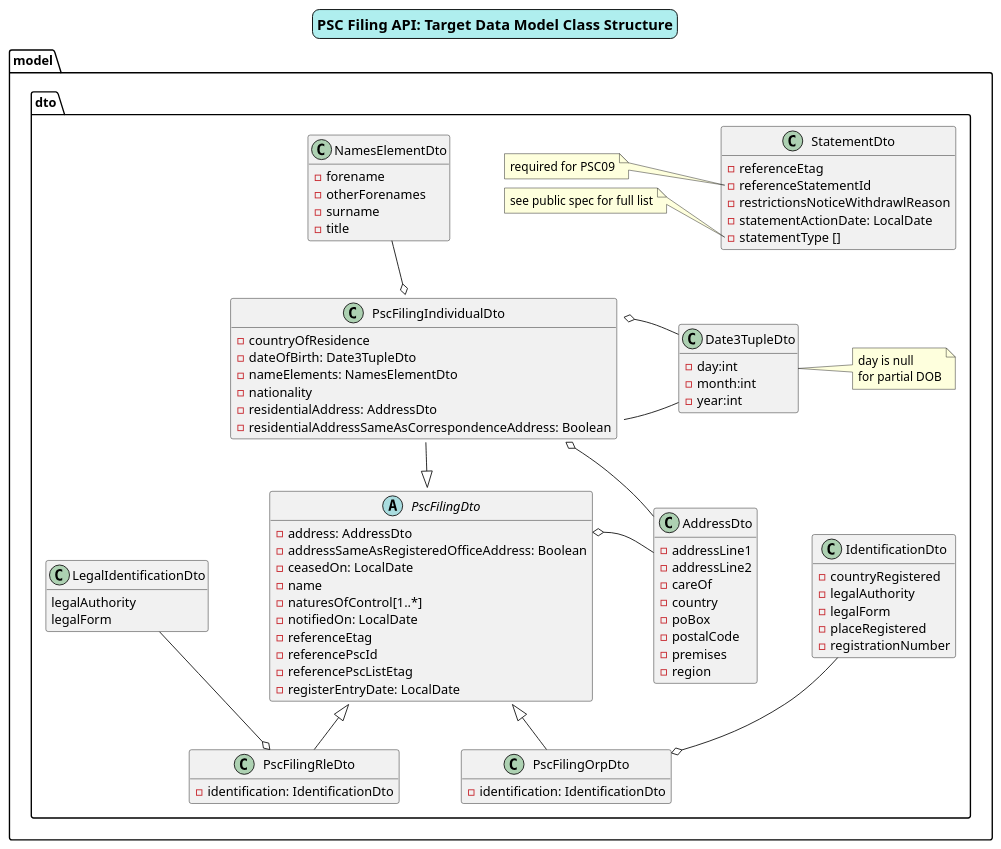
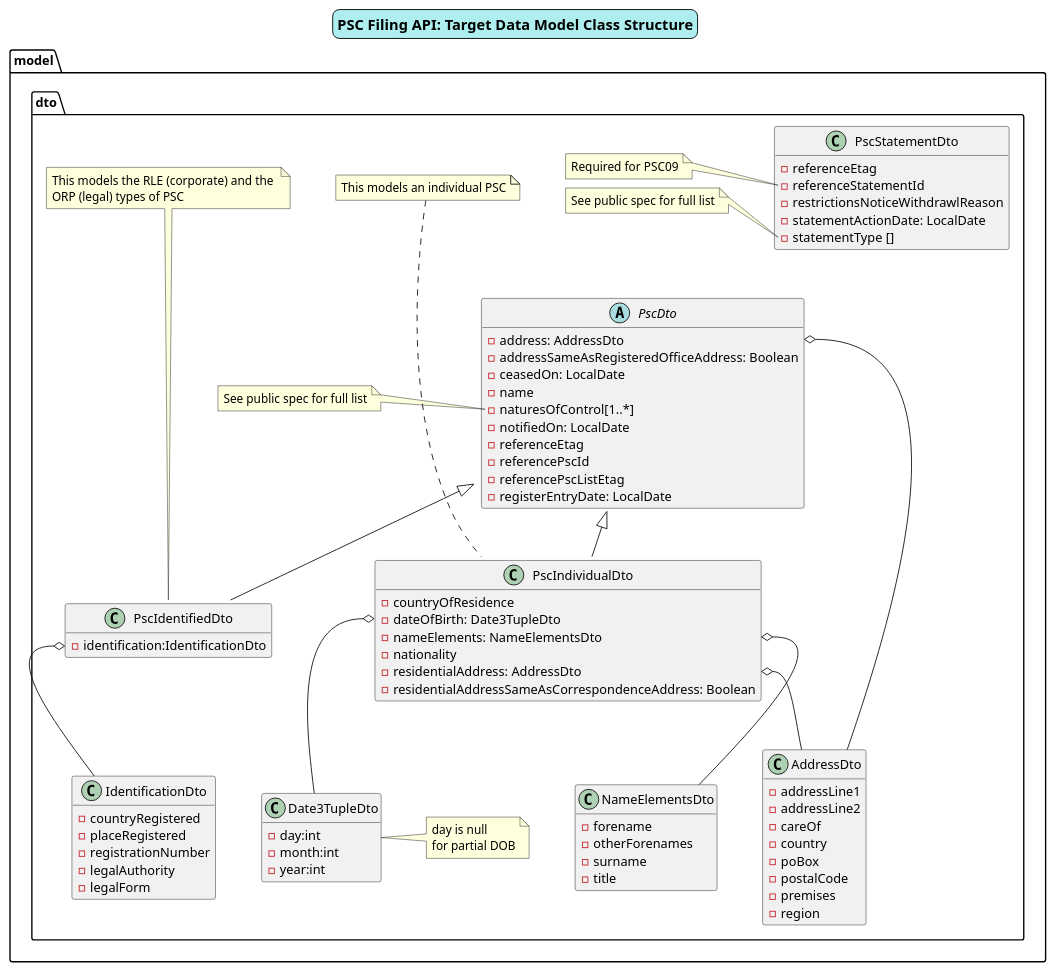
Before and after one commit to companieshouse/psc-filing-api: the diagram in docs/Target Data Model of PSC Classes.puml, drawn with PlantUML.

Commit message:
Add first draft of the Filer's target model

```diff
--- a/docs/Target Data Model of PSC Classes.puml
+++ b/docs/Target Data Model of PSC Classes.puml
@@ -1,142 +1,132 @@
 @startuml
 'https://plantuml.com/class-diagram
 'ortho
 skinparam linetype poly
-skinparam nodesep 60 /' horizontal separator '/
+skinparam nodesep 50 /' horizontal separator '/
 skinparam ranksep 50 /' vertical separator '/
 skinparam titleBorderRoundCorner 15
 skinparam titleBorderThickness 1
 skinparam titleBorderColor black
 skinparam titleBackgroundColor PaleTurquoise
 skinparam groupInheritance 1
 scale 1
 hide empty members
 'hide circle'
 skinparam titleFontSize 16
 
 title PSC Filing API: Target Data Model Class Structure
 
     package "model" {
 
         package "dto" {
 
             class AddressDto {
                 -addressLine1
                 -addressLine2
                 -careOf
                 -country
                 -poBox
                 -postalCode
                 -premises
                 -region
             }
 
             class Date3TupleDto {
                 -day:int
                 -month:int
                 -year:int
             }
             note right of Date3TupleDto
                day is null
                for partial DOB
             end note
 
             class IdentificationDto {
                 -countryRegistered
-                -legalAuthority
-                -legalForm
                 -placeRegistered
                 -registrationNumber
+                -legalAuthority
+               -legalForm
             }
 
-            class NamesElementDto {
+            class NameElementsDto {
                 -forename
                 -otherForenames
                 -surname
                 -title
             }
+            
+            class PscStatementDto {
+                -referenceEtag
+                -referenceStatementId
+                -restrictionsNoticeWithdrawlReason
+                -statementActionDate: LocalDate
+                -statementType []
+            }
 
-            abstract class PscFilingDto {
+          note left of PscStatementDto::referenceStatementId
+                Required for PSC09
+           end note
+
+          note left of PscStatementDto::statementType
+                See public spec for full list
+           end note            
+
+            abstract class PscDto {
                 -address: AddressDto
                 -addressSameAsRegisteredOfficeAddress: Boolean
                 -ceasedOn: LocalDate
                 -name
                 -naturesOfControl[1..*]
                 -notifiedOn: LocalDate
                 -referenceEtag
                 -referencePscId
                 -referencePscListEtag
                 -registerEntryDate: LocalDate
             }
 
-            class PscFilingIndividualDto {
+           note left of PscDto::naturesOfControl
+                See public spec for full list
+            end note
+
+/'            together {
+                class PscIndividualDto
+                class PscFilingCorporateDto
+                class PscFilingRleDto
+            }'/
+
+            class PscIndividualDto {
                 -countryOfResidence
                 -dateOfBirth: Date3TupleDto
-                -nameElements: NamesElementDto
+                -nameElements: NameElementsDto
                 -nationality
                 -residentialAddress: AddressDto
                 -residentialAddressSameAsCorrespondenceAddress: Boolean
             }
 
-            class PscFilingOrpDto {
-                -identification: IdentificationDto
+           note "This models an individual PSC" as Note2
+             Note2 ... PscIndividualDto
+
+            class PscIdentifiedDto {
+                -identification:IdentificationDto
             }
-
-            class PscFilingRleDto {
-                -identification: IdentificationDto
-            }
-
-            class LegalIdentificationDto {
-                legalAuthority
-                legalForm
-            }
-
-/'           note right of PscFilingRleDto::identification
-                legalAuthority
-                and/or legalForm
-            end note'/
-
-            class StatementDto {
-                -referenceEtag
-                -referenceStatementId
-                -restrictionsNoticeWithdrawlReason
-                -statementActionDate: LocalDate
-                -statementType []
-            }
-
-          note left of StatementDto::referenceStatementId
-                required for PSC09
-           end note
-
-          note left of StatementDto::statementType
-                see public spec for full list
-           end note
-
-            together {
-                class PscFilingIndividualDto
-                class PscFilingOrpDto
-                class PscFilingRleDto
-            }
-
-            together {
+           note "This models the RLE (corporate) and the \nORP (legal) types of PSC" as Note1
+                Note1 ... PscIdentifiedDto
+/'            together {
                 class AddressDto
                 class Date3TupleDto
                 class IdentificationDto
-                class NamesElementDto
-            }
+                class NameElementsDto
+            }'/            
 
-            PscFilingIndividualDto - Date3TupleDto
-
-            PscFilingDto::address o-l- AddressDto
-            PscFilingIndividualDto::residential_address o-- AddressDto
-            PscFilingIndividualDto o-u- Date3TupleDto
-            PscFilingRleDto o-u- LegalIdentificationDto
-            PscFilingOrpDto o-u- IdentificationDto
-            PscFilingIndividualDto o-u- NamesElementDto
-            PscFilingDto <|-- PscFilingIndividualDto
-            PscFilingDto <|-- PscFilingOrpDto
-            PscFilingDto <|-- PscFilingRleDto
+            PscIndividualDto::dateOfBirth o-- Date3TupleDto
+            PscDto::address o-- AddressDto
+            PscIndividualDto::residentialAddress o-- AddressDto
+            PscDto <|-- PscIdentifiedDto
+            PscIdentifiedDto::identification o-- IdentificationDto
+            PscDto <|-- PscIndividualDto
+            PscIndividualDto::nameElements o-- NameElementsDto
         }
     }
 
 @enduml
```
